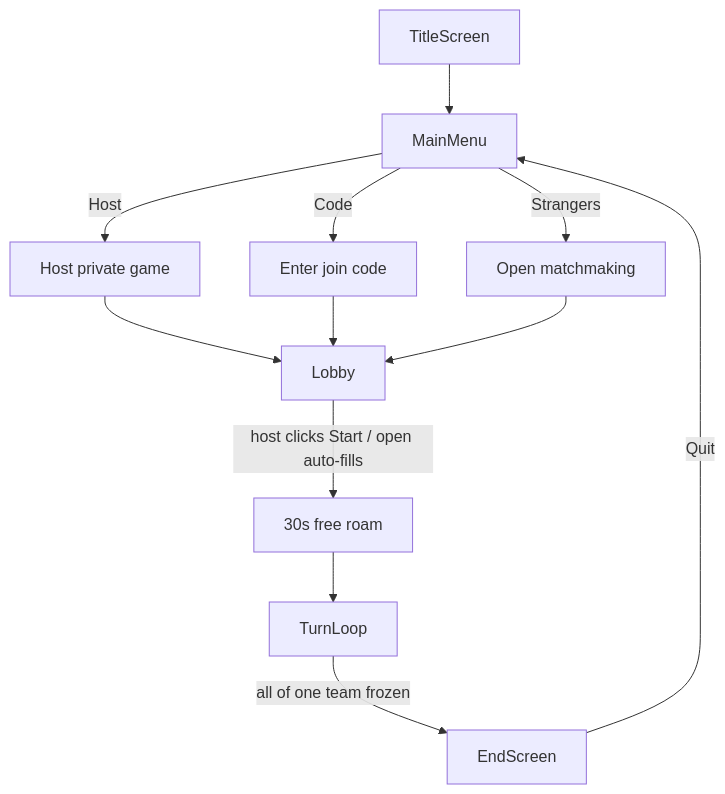
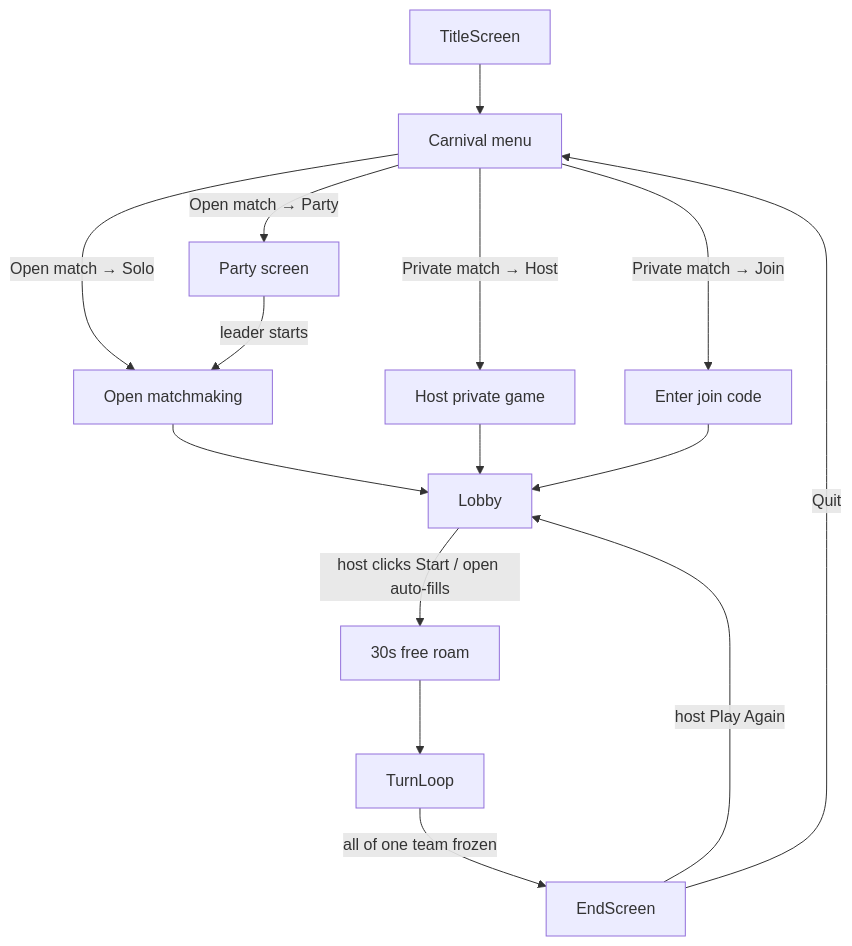
One commit to sean-reid/clowns-and-mimes changed the first of 9 diagrams in docs/ARCHITECTURE.md. Above: the diagram before and after it, drawn with Mermaid. The commit also changed other lines of this file and 3 other files, not shown here.

First line of the commit message:
docs: cover v0.6 features across README, architecture, backend, and site

````diff
--- a/docs/ARCHITECTURE.md
+++ b/docs/ARCHITECTURE.md
@@ -103,14 +108,17 @@
 ```mermaid
 flowchart TB
-  TitleScreen --> MainMenu
-  MainMenu -->|Host| HostFlow[Host private game]
-  MainMenu -->|Code| CodeFlow[Enter join code]
-  MainMenu -->|Strangers| StrangerFlow[Open matchmaking]
+  TitleScreen --> Menu[Carnival menu]
+  Menu -->|Open match → Solo| OpenFlow[Open matchmaking]
+  Menu -->|Open match → Party| PartyFlow[Party screen]
+  Menu -->|Private match → Host| HostFlow[Host private game]
+  Menu -->|Private match → Join| CodeFlow[Enter join code]
+  PartyFlow -->|leader starts| OpenFlow
+  OpenFlow --> Lobby
   HostFlow --> Lobby
   CodeFlow --> Lobby
-  StrangerFlow --> Lobby
   Lobby -->|host clicks Start / open auto-fills| Freeroam[30s free roam]
   Freeroam --> TurnLoop
   TurnLoop -->|all of one team frozen| EndScreen
-  EndScreen -->|Quit| MainMenu
+  EndScreen -->|Quit| Menu
+  EndScreen -->|host Play Again| Lobby
 ```
````
